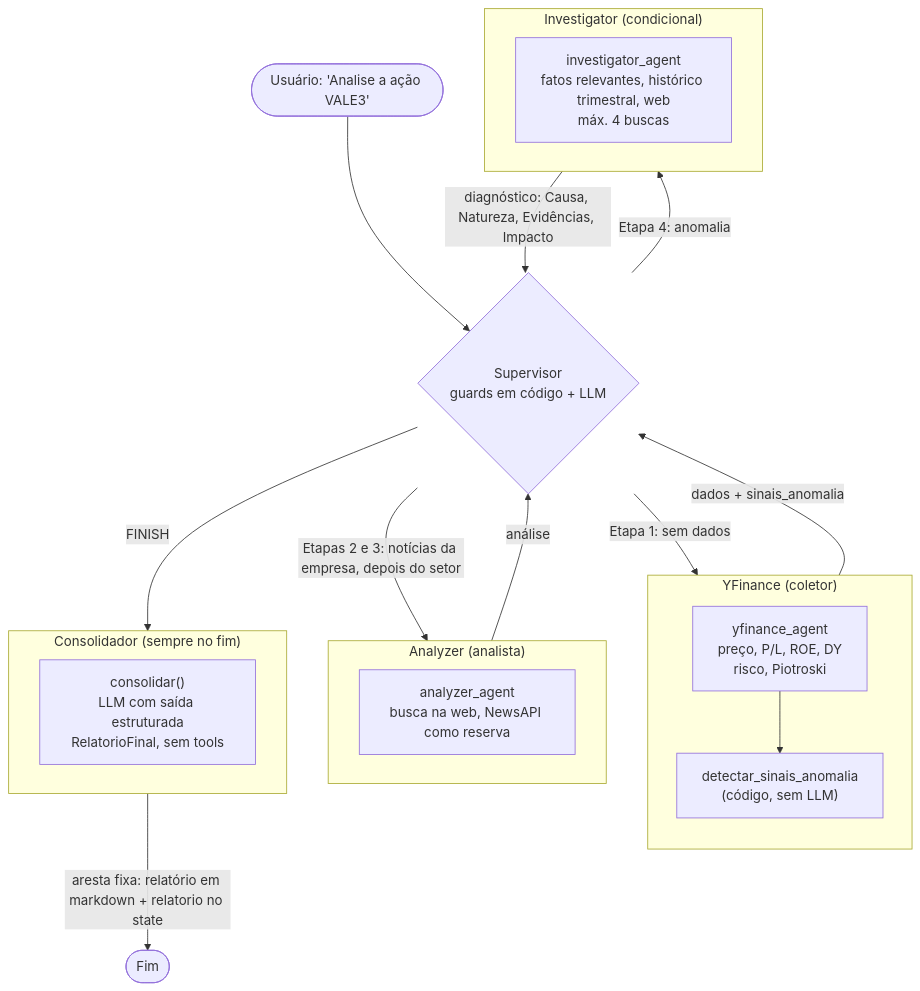
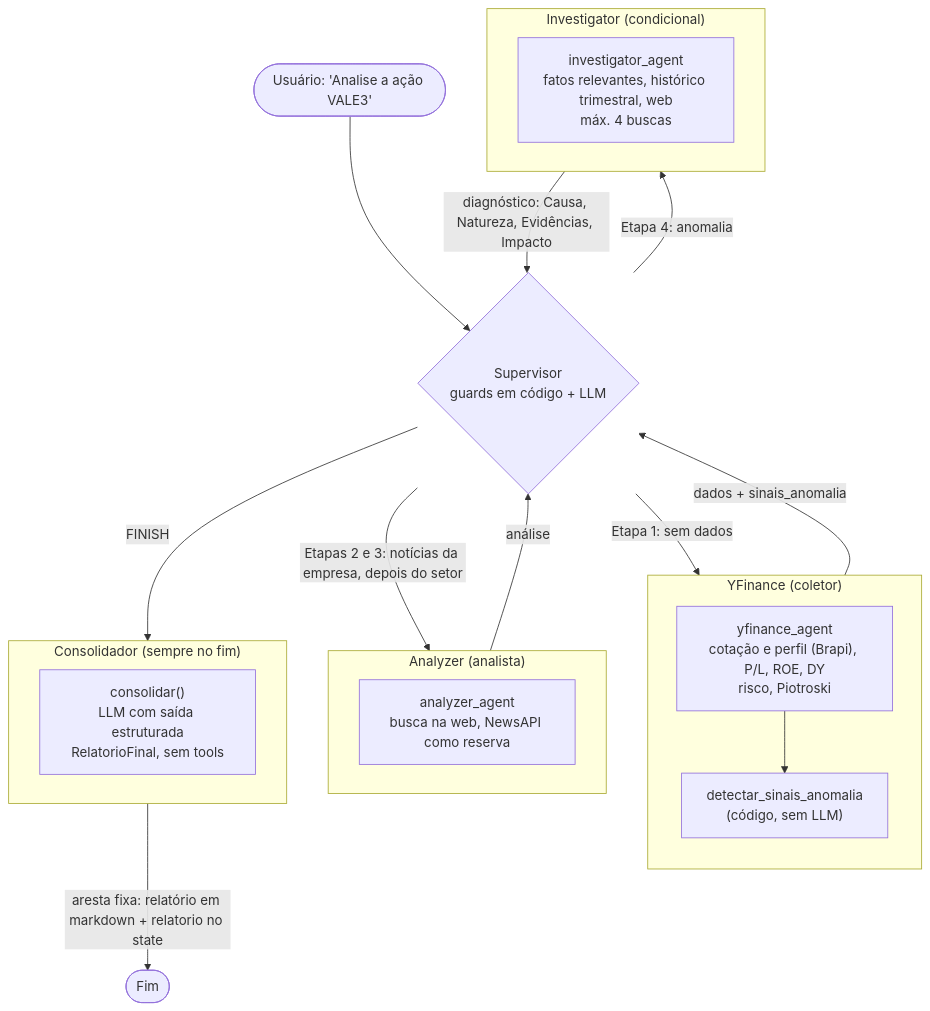
The first of 6 diagrams in docs/arquitetura.md (igorc22/pipeline-inteligencia-financeira-b3), drawn with Mermaid before and after one commit. The commit also changed other lines of this file and 2 other files, not shown here.

Commit message:
docs: brapi e moeda dos demonstrativos no diário, na arquitetura e no readme

````diff
--- a/docs/arquitetura.md
+++ b/docs/arquitetura.md
@@ -13,36 +13,36 @@
 ```mermaid
 flowchart TD
     U(["Usuário: 'Analise a ação VALE3'"]) --> S
 
     S{"Supervisor<br/>guards em código + LLM"}
 
     S -->|"Etapa 1: sem dados"| Y
     S -->|"Etapas 2 e 3: notícias da empresa, depois do setor"| A
     S -->|"Etapa 4: anomalia"| I
     S -->|"FINISH"| C
 
     subgraph Y["YFinance (coletor)"]
         direction TB
-        Y1["yfinance_agent<br/>preço, P/L, ROE, DY<br/>risco, Piotroski"]
+        Y1["yfinance_agent<br/>cotação e perfil (Brapi), P/L, ROE, DY<br/>risco, Piotroski"]
         Y2["detectar_sinais_anomalia<br/>(código, sem LLM)"]
         Y1 --> Y2
     end
 
     subgraph A["Analyzer (analista)"]
         A1["analyzer_agent<br/>busca na web, NewsAPI como reserva"]
     end
 
     subgraph I["Investigator (condicional)"]
         I1["investigator_agent<br/>fatos relevantes, histórico trimestral, web<br/>máx. 4 buscas"]
     end
 
     subgraph C["Consolidador (sempre no fim)"]
         C1["consolidar()<br/>LLM com saída estruturada<br/>RelatorioFinal, sem tools"]
     end
 
     C -->|"aresta fixa: relatório em markdown + relatorio no state"| F(["Fim"])
 
     Y -->|"dados + sinais_anomalia"| S
     A -->|"análise"| S
     I -->|"diagnóstico: Causa, Natureza, Evidências, Impacto"| S
 ```
````
